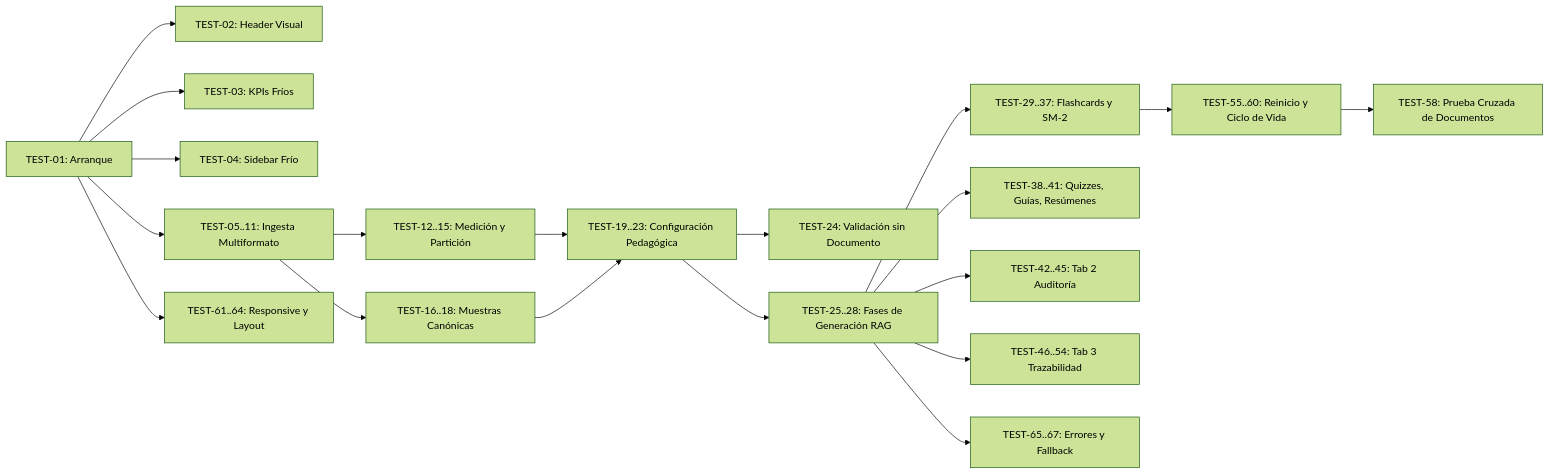
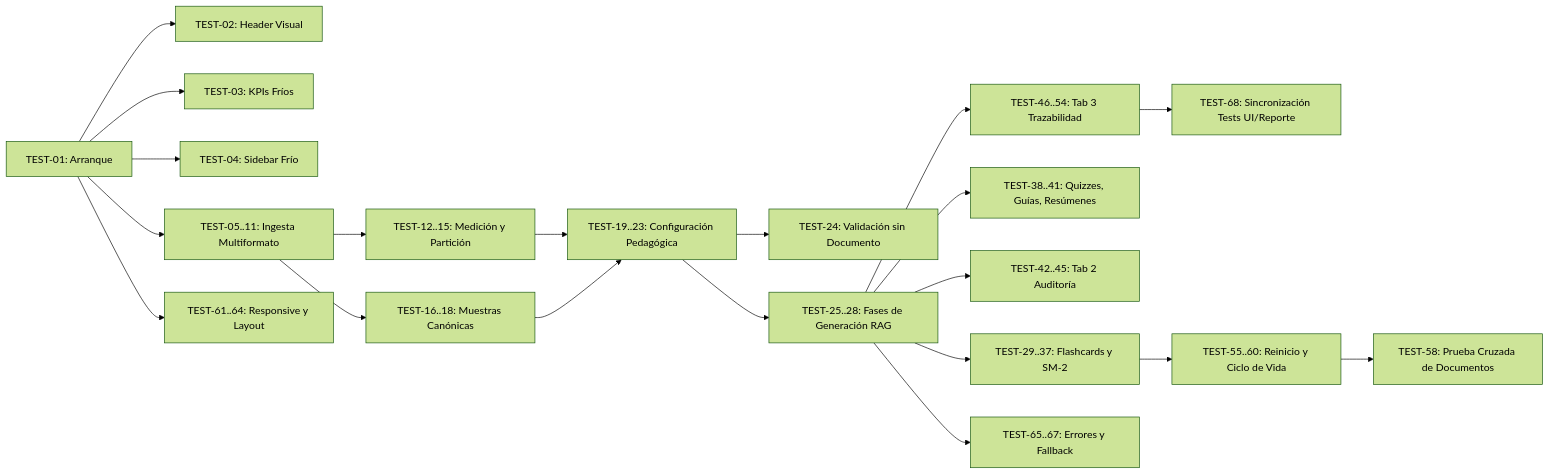
One commit to mmorfe-engineer/nuevamente_g10_latam changed the second of 2 diagrams in docs/qa/TEST_PLAN.md. Above: the diagram before and after it, drawn with Mermaid (forest theme). The commit also changed other lines of this file and 13 other files, not shown here.

````diff
--- a/docs/qa/TEST_PLAN.md
+++ b/docs/qa/TEST_PLAN.md
@@ -1444,21 +1469,22 @@
 ```mermaid
 graph LR
     T01[TEST-01: Arranque] --> T02[TEST-02: Header Visual]
     T01 --> T03[TEST-03: KPIs Fríos]
     T01 --> T04[TEST-04: Sidebar Frío]
     T01 --> T05[TEST-05..11: Ingesta Multiformato]
     T05 --> T12[TEST-12..15: Medición y Partición]
     T05 --> T16[TEST-16..18: Muestras Canónicas]
     T12 --> T19[TEST-19..23: Configuración Pedagógica]
     T16 --> T19
     T19 --> T24[TEST-24: Validación sin Documento]
     T19 --> T25[TEST-25..28: Fases de Generación RAG]
     T25 --> T29[TEST-29..37: Flashcards y SM-2]
     T25 --> T38[TEST-38..41: Quizzes, Guías, Resúmenes]
     T25 --> T42[TEST-42..45: Tab 2 Auditoría]
     T25 --> T46[TEST-46..54: Tab 3 Trazabilidad]
+    T46 --> T68[TEST-68: Sincronización Tests UI/Reporte]
     T29 --> T55[TEST-55..60: Reinicio y Ciclo de Vida]
     T55 --> T58[TEST-58: Prueba Cruzada de Documentos]
     T01 --> T61[TEST-61..64: Responsive y Layout]
     T25 --> T65[TEST-65..67: Errores y Fallback]
 ```
````
